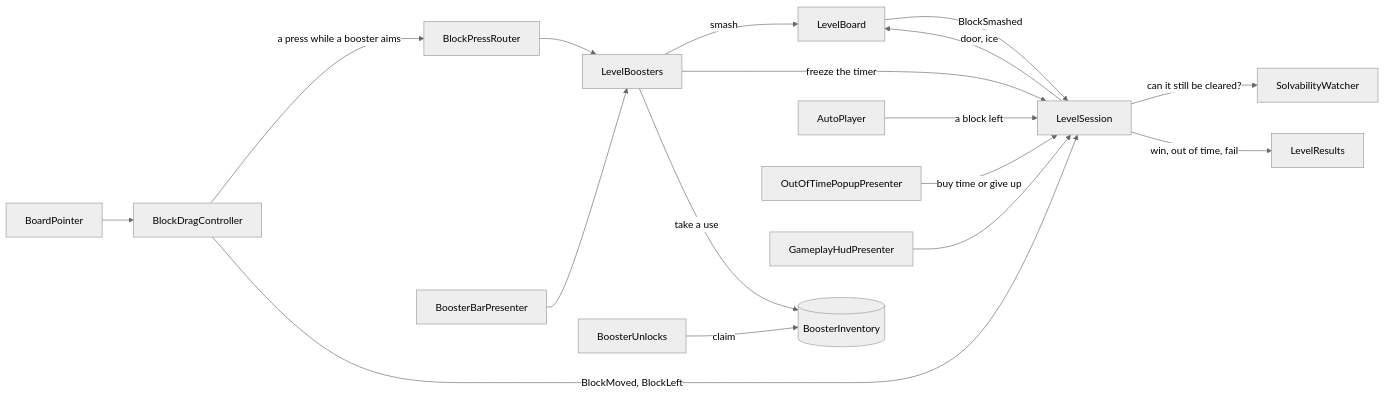
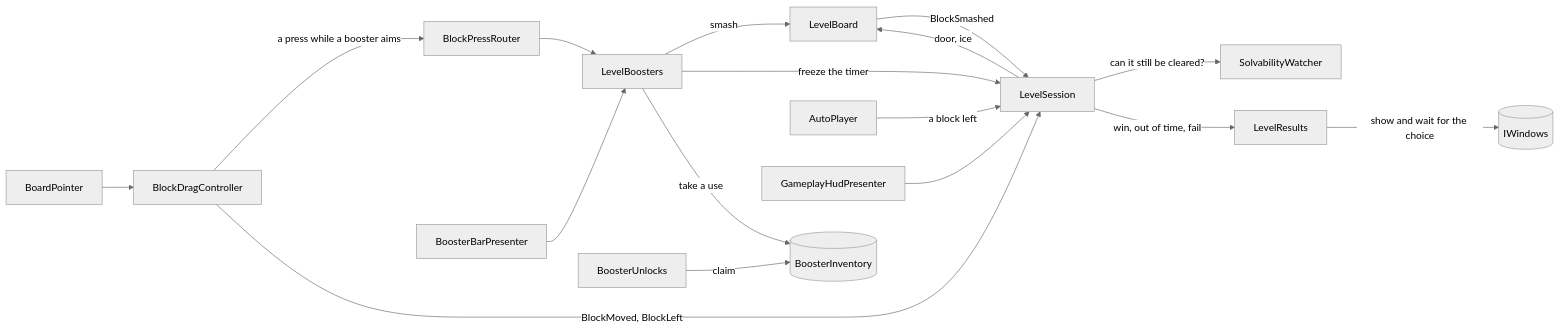
Before and after one commit to recep-yzc/color-block-jam: the diagram in README.md, drawn with Mermaid (neutral theme). The commit also changed other lines of this file and 116 other files, not shown here.

First line of the commit message:
refactor(ui): turn popups into catalogued windows that return the player's choice

````diff
--- a/README.md
+++ b/README.md
@@ -161,19 +161,19 @@
 ```mermaid
 flowchart LR
     Pointer[BoardPointer] --> Drag[BlockDragController]
     Drag -- "a press while a booster aims" --> Router[BlockPressRouter]
     Router --> Boosters[LevelBoosters]
     Drag -- "BlockMoved, BlockLeft" --> Session[LevelSession]
     Boosters -- "smash" --> Board[LevelBoard]
     Boosters -- "freeze the timer" --> Session
     Boosters -- "take a use" --> Inventory[(BoosterInventory)]
     Board -- BlockSmashed --> Session
     Auto[AutoPlayer] -- "a block left" --> Session
     Session -- "door, ice" --> Board
     Session -- "can it still be cleared?" --> Watcher[SolvabilityWatcher]
     Session -- "win, out of time, fail" --> Results[LevelResults]
-    Offer[OutOfTimePopupPresenter] -- "buy time or give up" --> Session
+    Results -- "show and wait for the choice" --> Windows[(IWindows)]
     Bar[BoosterBarPresenter] --> Boosters
     Unlocks[BoosterUnlocks] -- "claim" --> Inventory
     Hud[GameplayHudPresenter] --> Session
 ```
````
